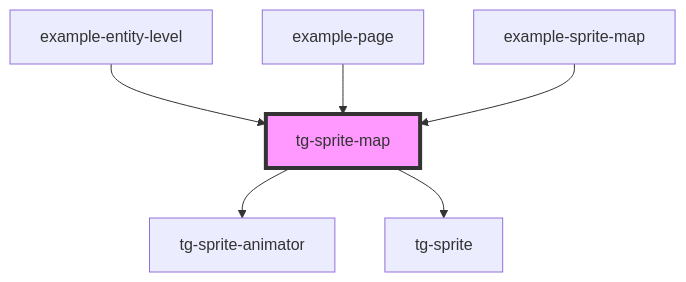
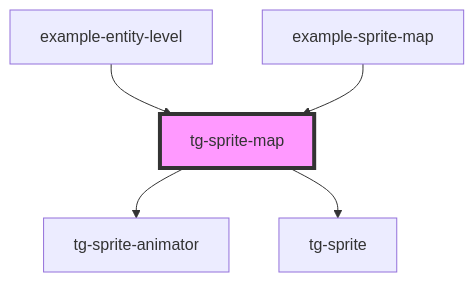
Before and after one commit to Scan0815/tg-engine: the diagram in src/components/engine/tg-sprite-map/readme.md, drawn with Mermaid. The commit also changed other lines of this file and 6 other files, not shown here.

````diff
--- a/src/components/engine/tg-sprite-map/readme.md
+++ b/src/components/engine/tg-sprite-map/readme.md
@@ -37,9 +36,8 @@
 ```mermaid
 graph TD;
   tg-sprite-map --> tg-sprite-animator
   tg-sprite-map --> tg-sprite
   example-entity-level --> tg-sprite-map
-  example-page --> tg-sprite-map
   example-sprite-map --> tg-sprite-map
   style tg-sprite-map fill:#f9f,stroke:#333,stroke-width:4px
 ```
````
